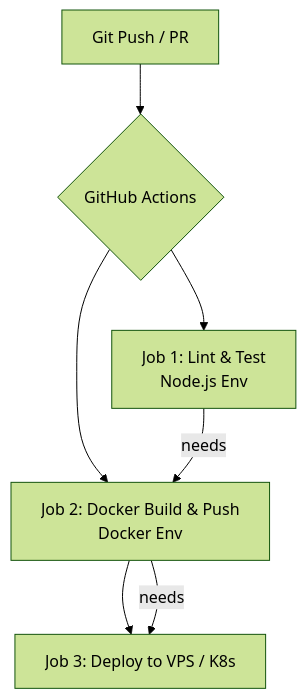
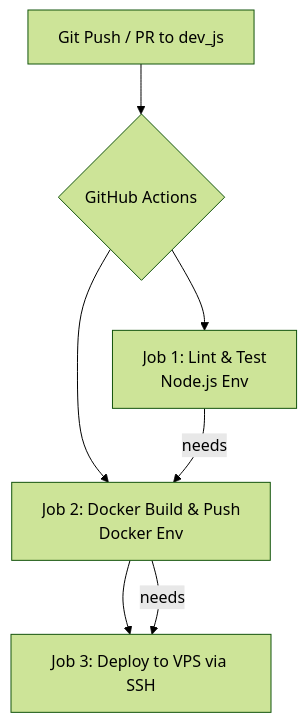
The first of 2 diagrams in documents/ci_cd_github_action/lý thuyết/2_tong_quan_github_actions.md (Yamaaaaaaaa/VDT_miniproject_TranscriptHub), drawn with Mermaid (forest theme) before and after one commit. The commit also changed other lines of this file and 8 other files, not shown here.

````diff
--- a/documents/ci_cd_github_action/lý thuyết/2_tong_quan_github_actions.md
+++ b/documents/ci_cd_github_action/lý thuyết/2_tong_quan_github_actions.md
@@ -11,9 +11,9 @@
 ```mermaid
 graph TD
-    Code[Git Push / PR] --> GHA{GitHub Actions}
+    Code[Git Push / PR to dev_js] --> GHA{GitHub Actions}
     GHA --> Job1[Job 1: Lint & Test <br> Node.js Env]
     GHA --> Job2[Job 2: Docker Build & Push <br> Docker Env]
     Job1 -->|needs| Job2
-    Job2 --> Job3[Job 3: Deploy to VPS / K8s]
+    Job2 --> Job3[Job 3: Deploy to VPS via SSH]
     Job2 -->|needs| Job3
 ```
````
